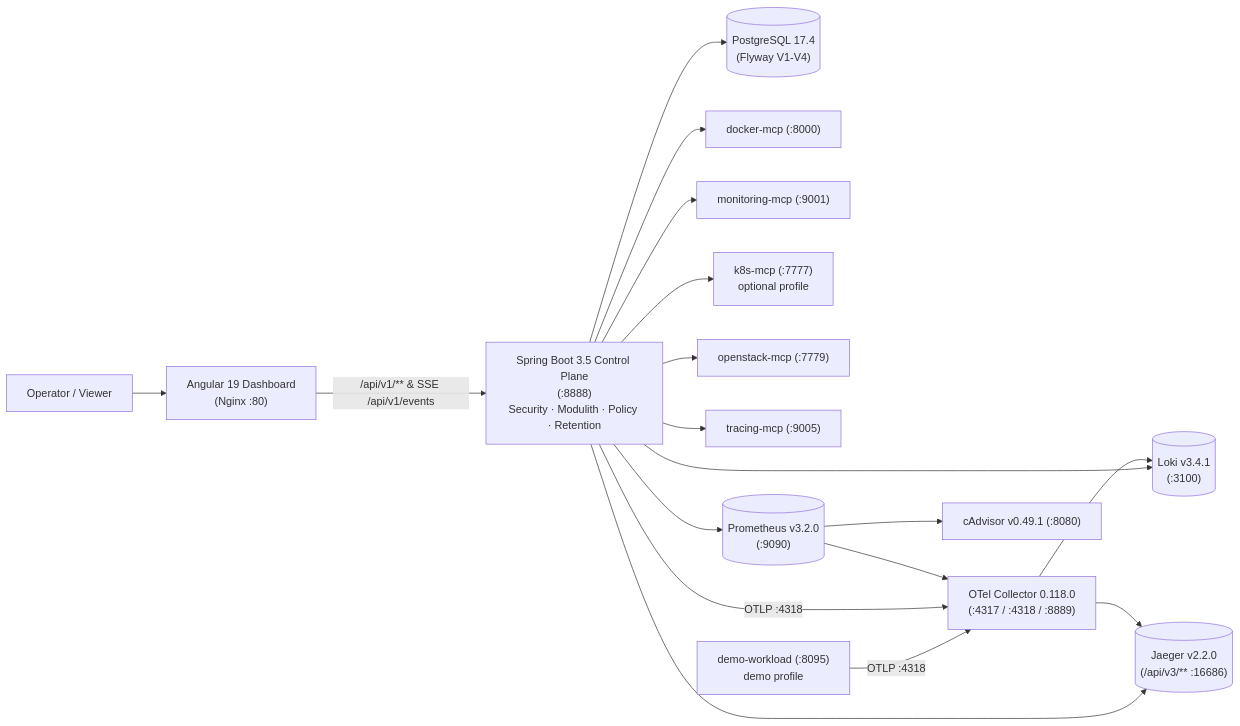
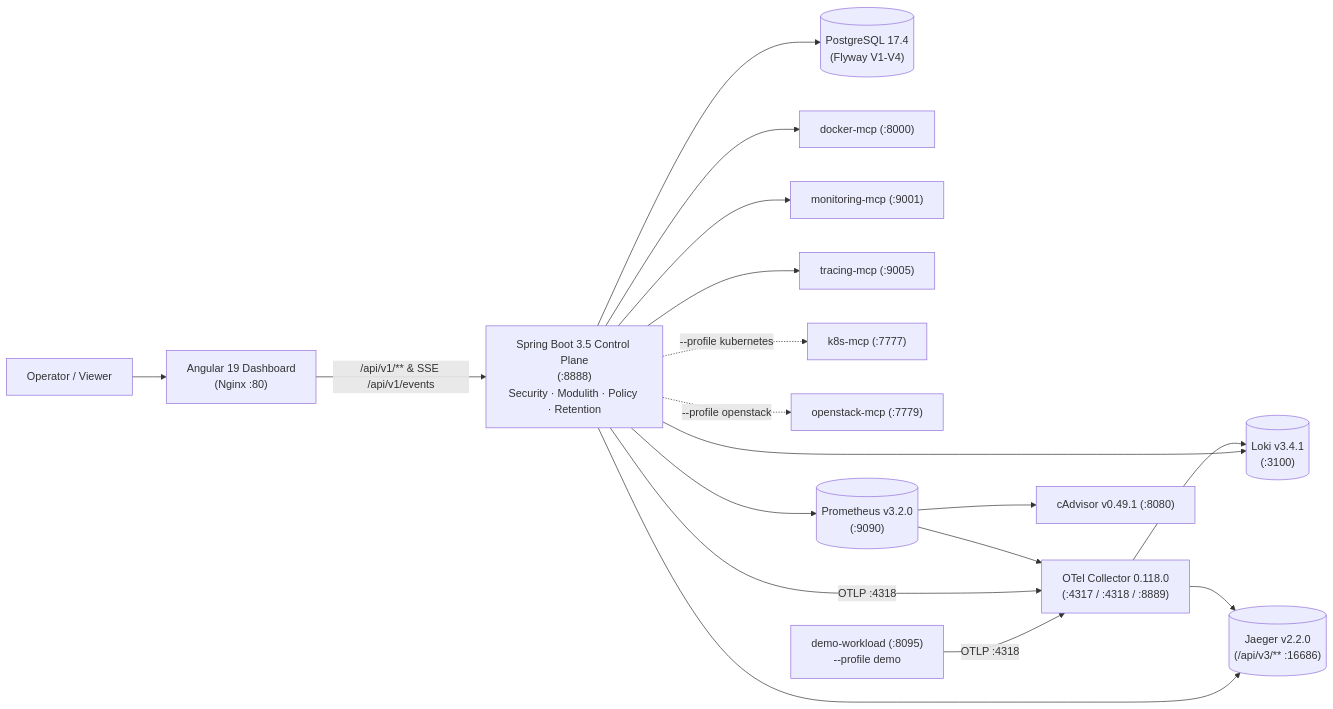
Before and after one commit to Mouad852/HealOps: the diagram in README.md, drawn with Mermaid. The commit also changed other lines of this file and 4 other files, not shown here.

````diff
--- a/README.md
+++ b/README.md
@@ -11,20 +26,20 @@
 ```mermaid
 flowchart LR
   User["Operator / Viewer"] --> UI["Angular 19 Dashboard\n(Nginx :80)"]
   UI -->|"/api/v1/** & SSE /api/v1/events"| CP["Spring Boot 3.5 Control Plane\n(:8888)\nSecurity · Modulith · Policy · Retention"]
   CP --> PG[("PostgreSQL 17.4\n(Flyway V1-V4)")]
   CP --> Docker["docker-mcp (:8000)"]
   CP --> Monitor["monitoring-mcp (:9001)"]
-  CP --> K8s["k8s-mcp (:7777)\noptional profile"]
-  CP --> OpenStack["openstack-mcp (:7779)"]
   CP --> Tracing["tracing-mcp (:9005)"]
+  CP -.->|"--profile kubernetes"| K8s["k8s-mcp (:7777)"]
+  CP -.->|"--profile openstack"| OpenStack["openstack-mcp (:7779)"]
   CP --> Prom[("Prometheus v3.2.0\n(:9090)")]
   CP --> Loki[("Loki v3.4.1\n(:3100)")]
   CP --> Jaeger[("Jaeger v2.2.0\n(/api/v3/** :16686)")]
-  Demo["demo-workload (:8095)\ndemo profile"] -->|"OTLP :4318"| OTel["OTel Collector 0.118.0\n(:4317 / :4318 / :8889)"]
+  Demo["demo-workload (:8095)\n--profile demo"] -->|"OTLP :4318"| OTel["OTel Collector 0.118.0\n(:4317 / :4318 / :8889)"]
   CP -->|"OTLP :4318"| OTel
   OTel --> Jaeger
   OTel --> Loki
   Prom --> OTel
   Prom --> cAdvisor["cAdvisor v0.49.1 (:8080)"]
 ```
````
